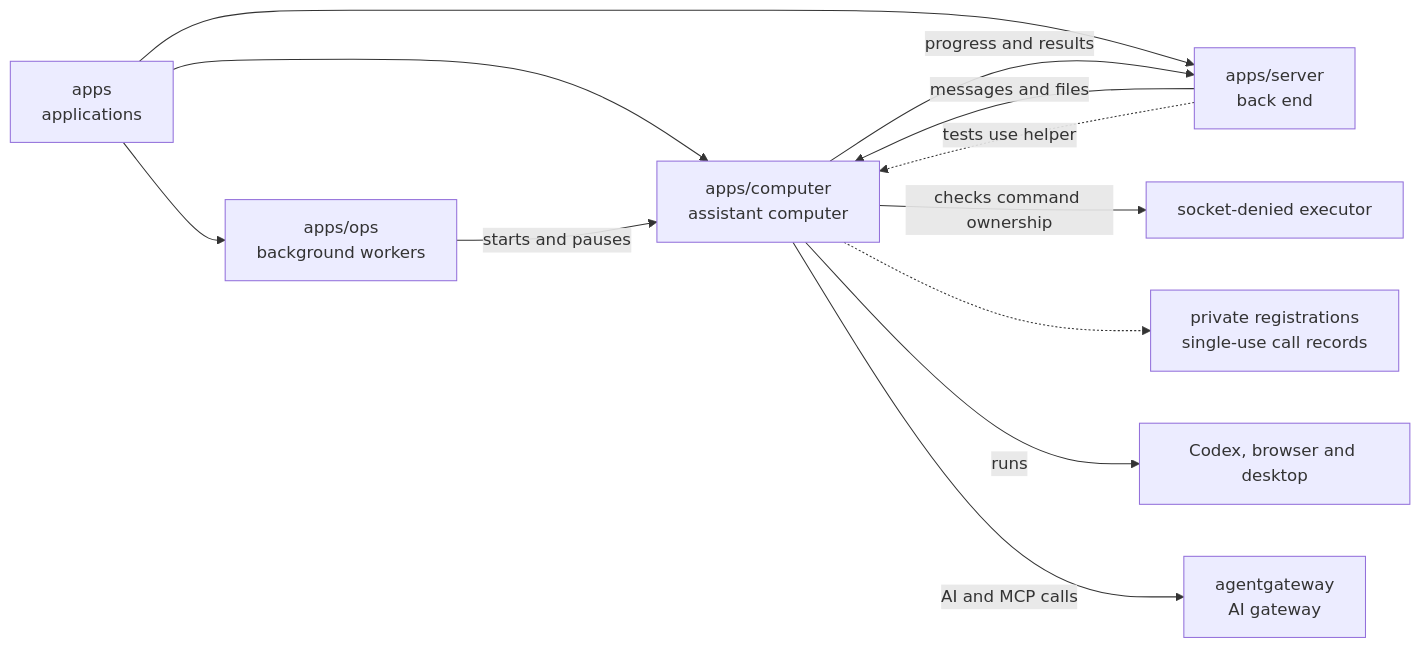
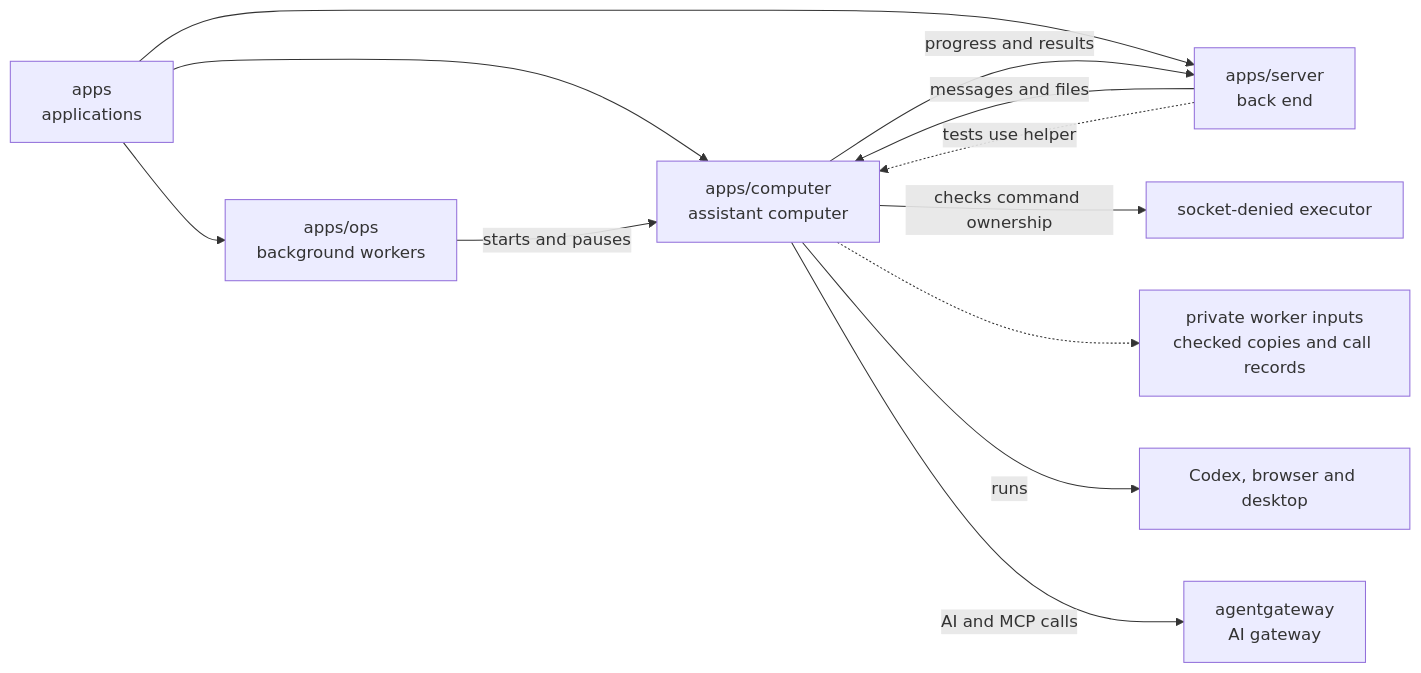
Before and after one commit to elewa-git/opencrane-new: the diagram in apps/computer/README.md, drawn with Mermaid. The commit also changed other lines of this file and 4 other files, not shown here.

Commit message:
🔒 Prepare fixed worker inputs in private operation directories

````diff
--- a/apps/computer/README.md
+++ b/apps/computer/README.md
@@ -16,14 +16,14 @@
 ```mermaid
 flowchart LR
   apps["apps<br/>applications"] --> computer["apps/computer<br/>assistant computer"]
   apps --> ops["apps/ops<br/>background workers"]
   apps --> server["apps/server<br/>back end"]
   ops -->|starts and pauses| computer
   server -->|messages and files| computer
   server -.->|tests use helper| computer
   computer -->|progress and results| server
   computer -->|checks command ownership| executor["socket-denied executor"]
-  computer -.-> registrations["private registrations<br/>single-use call records"]
+  computer -.-> registrations["private worker inputs<br/>checked copies and call records"]
   computer -->|runs| desktop["Codex, browser and desktop"]
   computer -->|AI and MCP calls| gateway["agentgateway<br/>AI gateway"]
 ```
````
